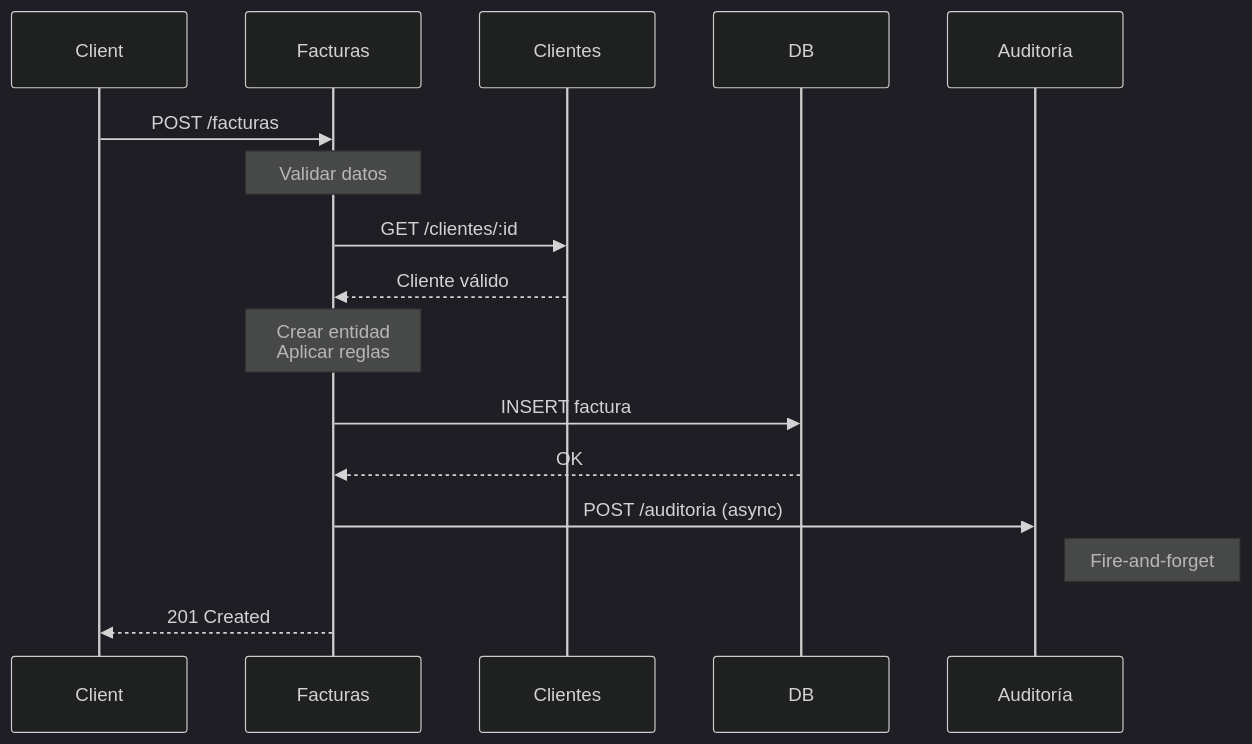
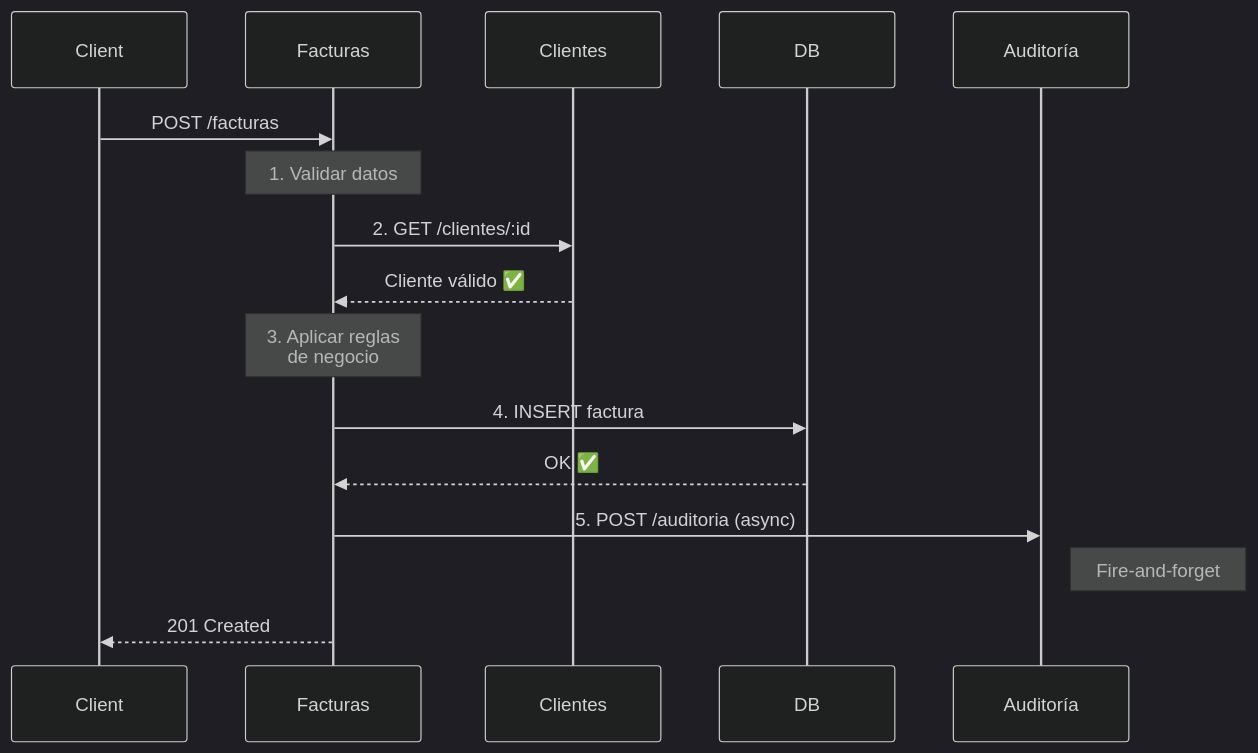
The third of 3 diagrams in docs/ARQUITECTURA.md (Asimpl3-Hero/RubyDoubleV), drawn with Mermaid (dark theme) before and after one commit. The commit also changed other lines of this file and 2 other files, not shown here.

````diff
--- a/docs/ARQUITECTURA.md
+++ b/docs/ARQUITECTURA.md
@@ -78,24 +216,24 @@
 ```mermaid
 sequenceDiagram
     participant Client
     participant Facturas
     participant Clientes
     participant DB
     participant Auditoría
 
     Client->>Facturas: POST /facturas
-    Note over Facturas: Validar datos
+    Note over Facturas: 1. Validar datos
 
-    Facturas->>Clientes: GET /clientes/:id
-    Clientes-->>Facturas: Cliente válido
+    Facturas->>Clientes: 2. GET /clientes/:id
+    Clientes-->>Facturas: Cliente válido ✅
 
-    Note over Facturas: Crear entidad<br/>Aplicar reglas
+    Note over Facturas: 3. Aplicar reglas<br/>de negocio
 
-    Facturas->>DB: INSERT factura
-    DB-->>Facturas: OK
+    Facturas->>DB: 4. INSERT factura
+    DB-->>Facturas: OK ✅
 
-    Facturas->>Auditoría: POST /auditoria (async)
+    Facturas->>Auditoría: 5. POST /auditoria (async)
     Note right of Auditoría: Fire-and-forget
 
     Facturas-->>Client: 201 Created
 ```
````
